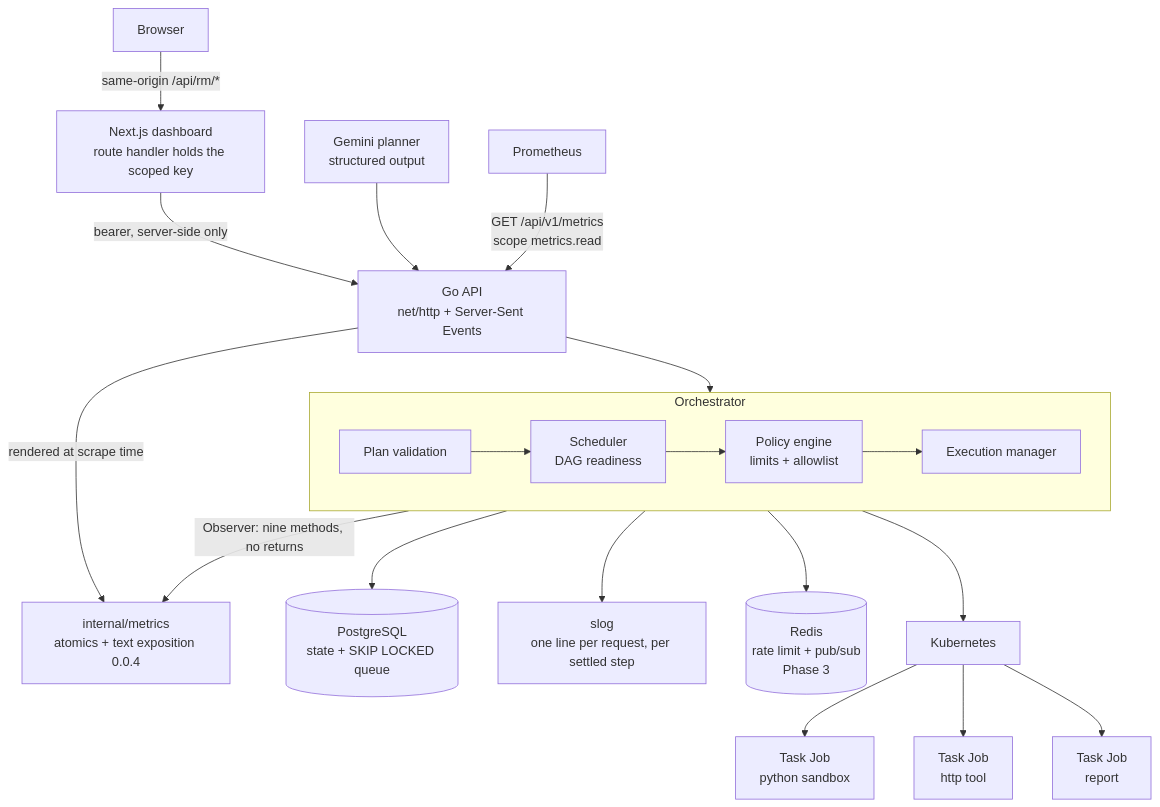
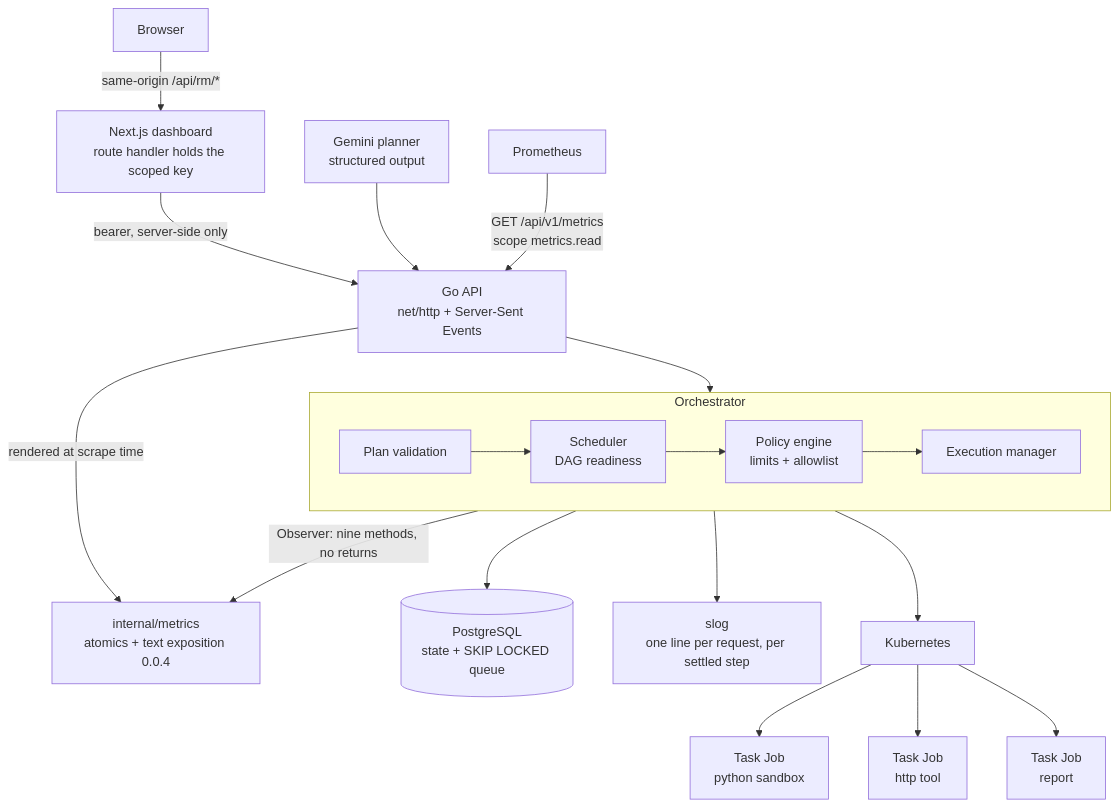
One commit to kalanas210/runmesh changed the first of 5 diagrams in docs/architecture/README.md. Above: the diagram before and after it, drawn with Mermaid. The commit also changed other lines of this file and 10 other files, not shown here.

````diff
--- a/docs/architecture/README.md
+++ b/docs/architecture/README.md
@@ -8,27 +8,26 @@
 ```mermaid
 flowchart TB
     BROWSER["Browser"] -->|"same-origin /api/rm/*"| WEB
     WEB["Next.js dashboard<br/>route handler holds the scoped key"] -->|"bearer, server-side only"| API
     Agent["Gemini planner<br/>structured output"] --> API
     PROM["Prometheus"] -->|"GET /api/v1/metrics<br/>scope metrics.read"| API
 
     API["Go API<br/>net/http + Server-Sent Events"] --> ORCH
     API -->|"rendered at scrape time"| REG
 
     subgraph ORCH["Orchestrator"]
         direction LR
         PLAN["Plan validation"] --> SCHED["Scheduler<br/>DAG readiness"]
         SCHED --> POL["Policy engine<br/>limits + allowlist"]
         POL --> EXEC["Execution manager"]
     end
 
     ORCH -->|"Observer: nine methods, no returns"| REG["internal/metrics<br/>atomics + text exposition 0.0.4"]
     ORCH --> STORE[("PostgreSQL<br/>state + SKIP LOCKED queue")]
     ORCH --> LOG["slog<br/>one line per request, per settled step"]
-    ORCH --> REDIS[("Redis<br/>rate limit + pub/sub<br/>Phase 3")]
 
     EXEC --> K8S["Kubernetes"]
     K8S --> P1["Task Job<br/>python sandbox"]
     K8S --> P2["Task Job<br/>http tool"]
     K8S --> P3["Task Job<br/>report"]
 ```
````
